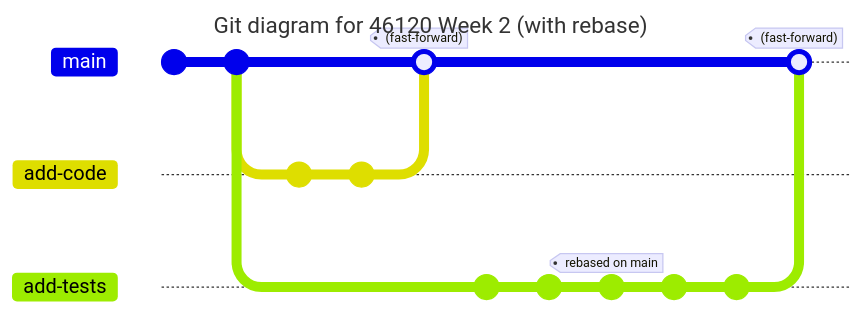
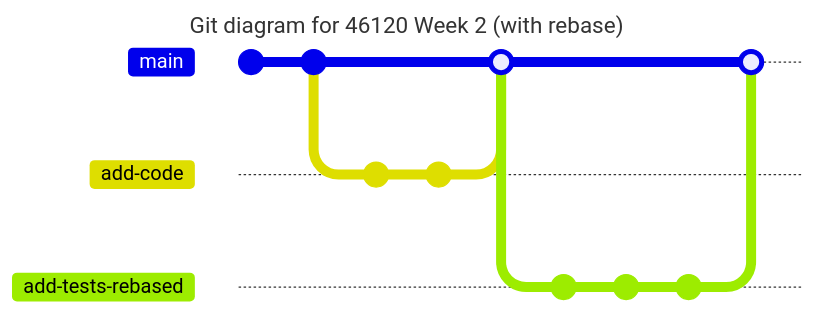
Before and after one commit to DTUWind-46120-2026/46120-PiWE: the second of 2 diagrams in week02_functions_tests/README.md, drawn with Mermaid. The commit also changed other lines of this file, not shown here. Commit ids are hidden.

Commit message:
fixing rebase diagram

````diff
--- a/week02_functions_tests/README.md
+++ b/week02_functions_tests/README.md
@@ -217,24 +219,29 @@
 ```mermaid
 ---
 title: Git diagram for 46120 Week 2 (with rebase)
 ---
 gitGraph
-    commit
-    commit
-    branch add-code
-    branch add-tests
-    checkout add-code
-    commit
-    commit
-    checkout main
-    merge add-code tag:"(fast-forward)"
-    checkout add-tests
-    commit
-    commit
-    checkout add-tests
-    commit id:"rebased-1" tag:"rebased on main"
-    commit id:"rebased-2"
-    commit id:"rebased-3"
-    checkout main
-    merge add-tests tag:"(fast-forward)"
+   commit id: "C0"
+   commit id: "C1"
+   branch add-code
+
+   %% add-code updates
+   checkout add-code
+   commit id: "C2"
+   commit id: "C3"
+
+   %% merge add-code into main
+   checkout main
+   merge add-code
+ 
+   %% history after rebasing
+   branch add-tests-rebased
+   checkout add-tests-rebased
+   commit id:"C4'" 
+   commit id:"C5'" 
+   commit id:"C6'" 
+ 
+   %% merge into main
+   checkout main
+   merge add-tests-rebased
 ```
````
